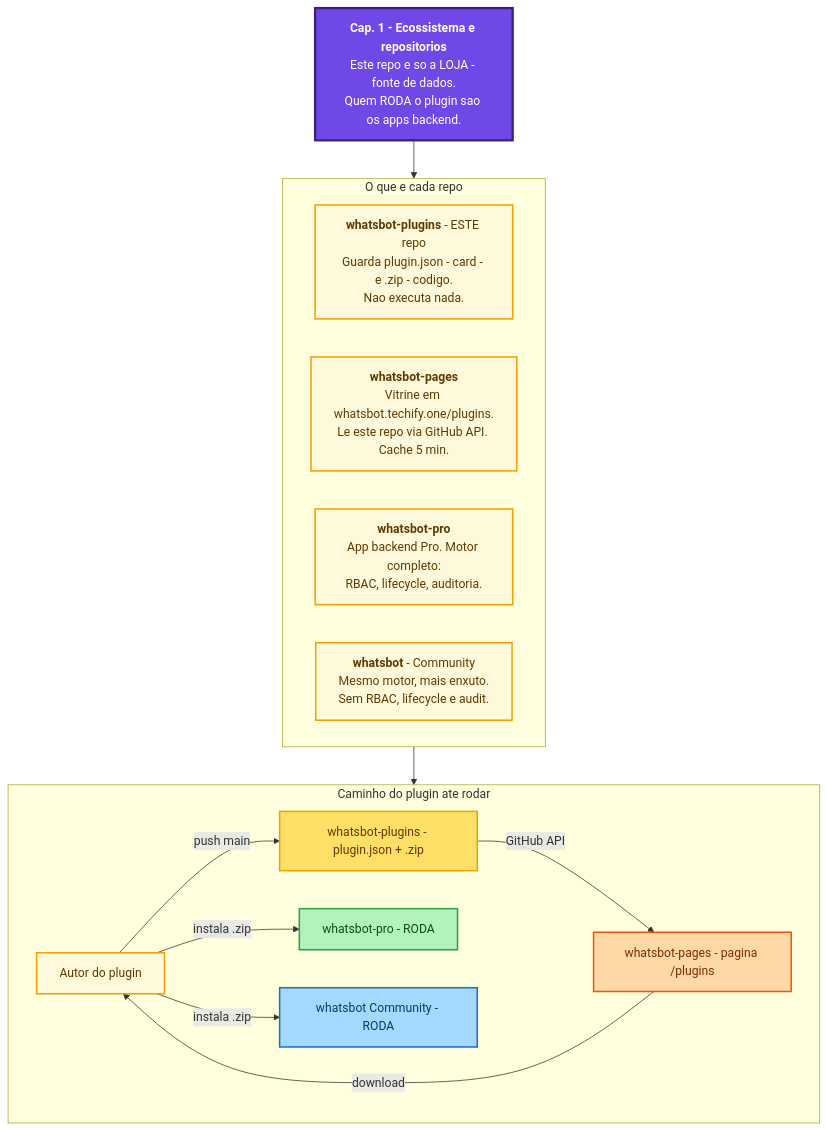
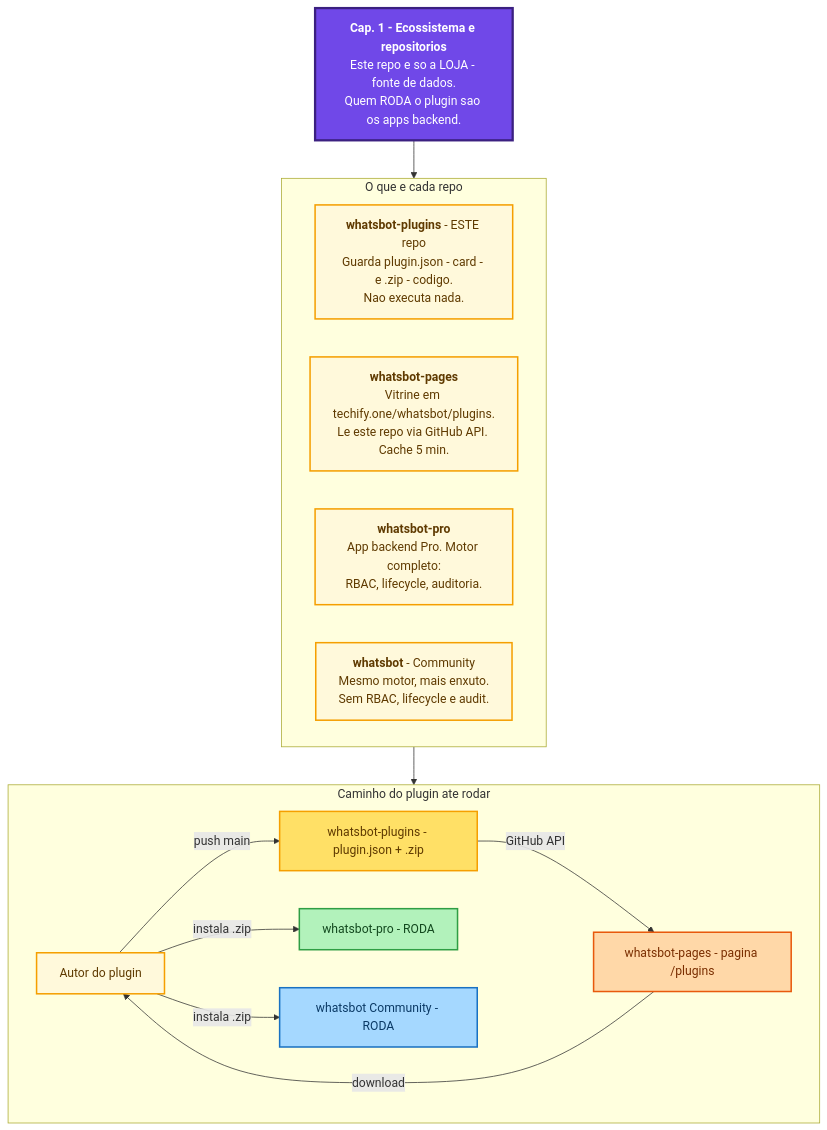
The diagram in docs/diagramas-excalidraw/01-capitulo-1-ecossistema-e-repositorios.mmd (Techify-one/whatsbot-plugins), drawn with Mermaid before and after one commit. The commit also changed 3 other files, not shown here.

First line of the commit message:
docs: atualiza URL da loja de plugins para techify.one/whatsbot/plugins

```diff
--- a/docs/diagramas-excalidraw/01-capitulo-1-ecossistema-e-repositorios.mmd
+++ b/docs/diagramas-excalidraw/01-capitulo-1-ecossistema-e-repositorios.mmd
@@ -1,48 +1,48 @@
 flowchart TB
   titulo["`**Cap. 1 - Ecossistema e repositorios**
   Este repo e so a LOJA - fonte de dados.
   Quem RODA o plugin sao os apps backend.`"]
 
   subgraph Explicacao["O que e cada repo"]
     e1["`**whatsbot-plugins** - ESTE repo
     Guarda plugin.json - card - e .zip - codigo.
     Nao executa nada.`"]
     e2["`**whatsbot-pages**
-    Vitrine em whatsbot.techify.one/plugins.
+    Vitrine em techify.one/whatsbot/plugins.
     Le este repo via GitHub API. Cache 5 min.`"]
     e3["`**whatsbot-pro**
     App backend Pro. Motor completo:
     RBAC, lifecycle, auditoria.`"]
     e4["`**whatsbot** - Community
     Mesmo motor, mais enxuto.
     Sem RBAC, lifecycle e audit.`"]
   end
 
   subgraph Fluxo["Caminho do plugin ate rodar"]
     autor["Autor do plugin"]
     loja["whatsbot-plugins - plugin.json + .zip"]
     page["whatsbot-pages - pagina /plugins"]
     pro["whatsbot-pro - RODA"]
     comm["whatsbot Community - RODA"]
     autor -->|"push main"| loja
     loja -->|"GitHub API"| page
     page -->|"download"| autor
     autor -->|"instala .zip"| pro
     autor -->|"instala .zip"| comm
   end
 
   titulo --> Explicacao --> Fluxo
 
   classDef titleC fill:#7048e8,stroke:#3b2080,stroke-width:3px,color:#ffffff;
   classDef noteC fill:#fff9db,stroke:#f59f00,stroke-width:2px,color:#5f3a00;
   classDef lojaC fill:#ffe066,stroke:#f59f00,stroke-width:2px,color:#5f3a00;
   classDef pageC fill:#ffd8a8,stroke:#e8590c,stroke-width:2px,color:#7a2e00;
   classDef proC fill:#b2f2bb,stroke:#2f9e44,stroke-width:2px,color:#13491f;
   classDef commC fill:#a5d8ff,stroke:#1971c2,stroke-width:2px,color:#0b3a66;
   class titulo titleC;
   class e1,e2,e3,e4 noteC;
   class autor noteC;
   class loja lojaC;
   class page pageC;
   class pro proC;
   class comm commC;
```
